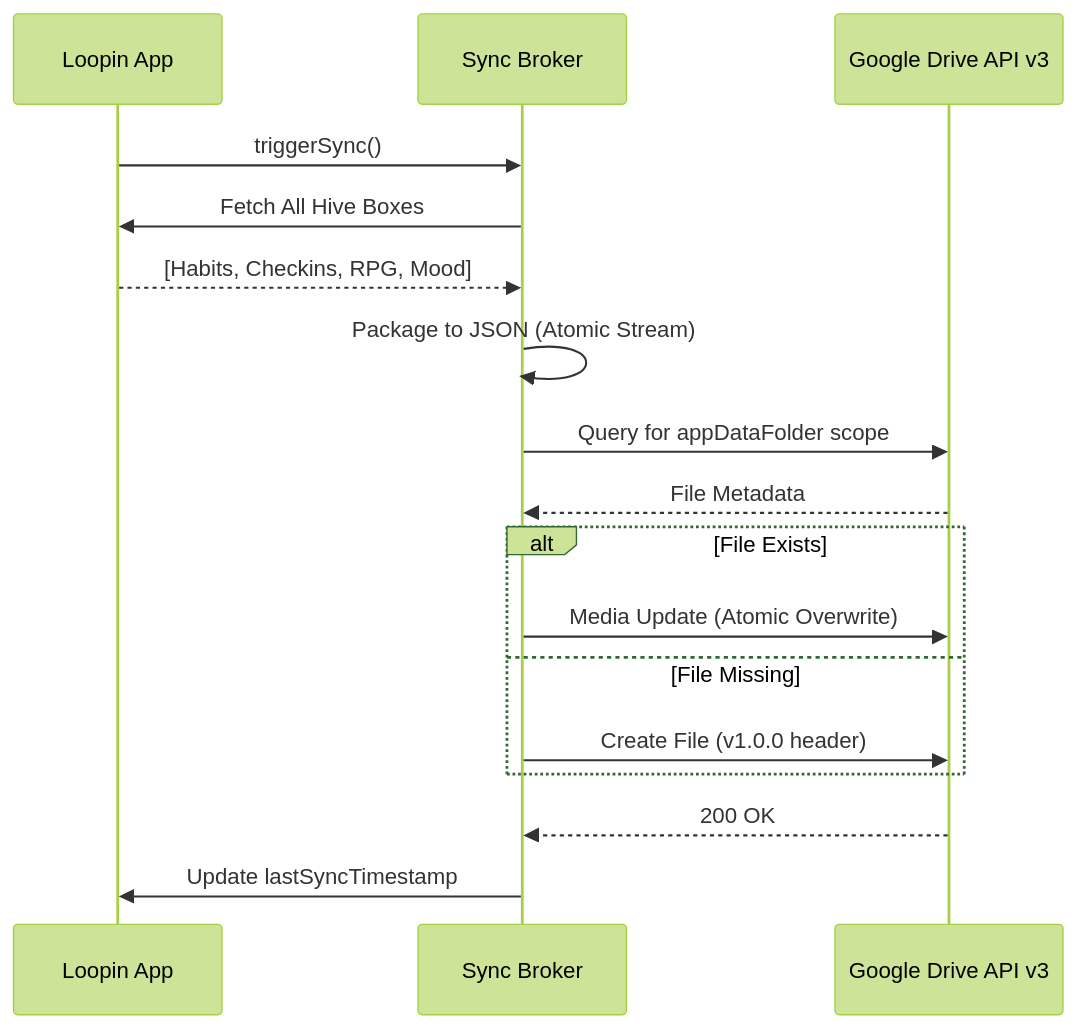
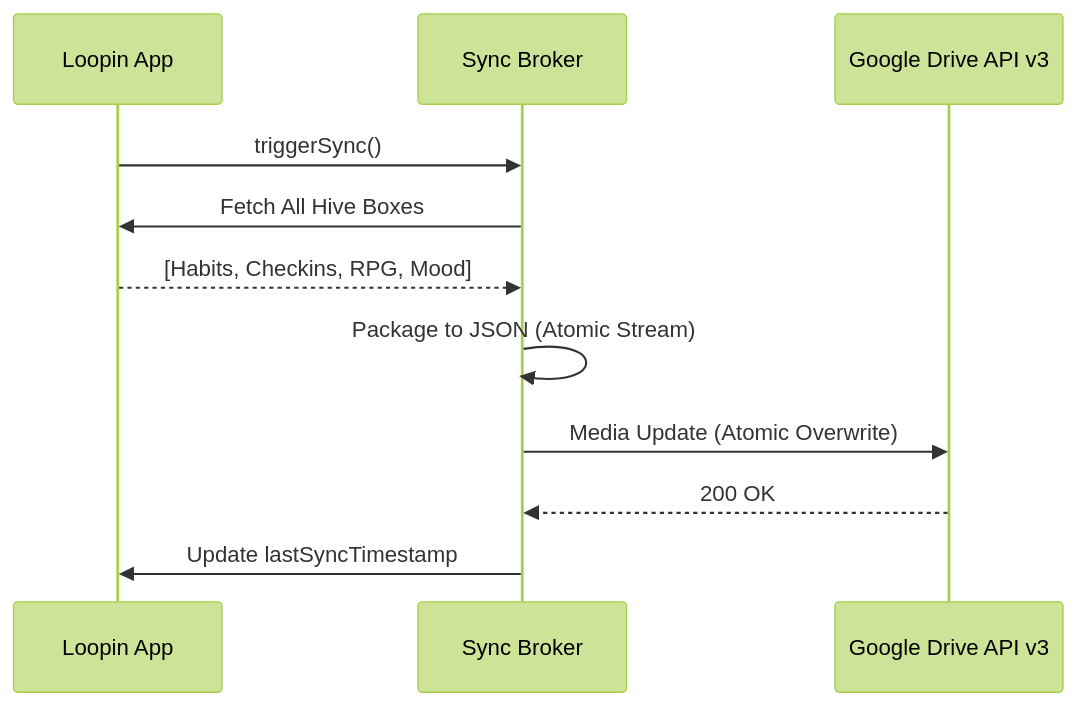
Before and after one commit to maisachinsharmahu/Loopin-Showcase: the second of 2 diagrams in README.md, drawn with Mermaid (forest theme). The commit also changed other lines of this file and 13 other files, not shown here.

````diff
--- a/README.md
+++ b/README.md
@@ -142,24 +127,14 @@
 ```mermaid
 sequenceDiagram
     participant App as Loopin App
     participant Broker as Sync Broker
     participant GDrive as Google Drive API v3
     
     App->>Broker: triggerSync()
     Broker->>App: Fetch All Hive Boxes
     App-->>Broker: [Habits, Checkins, RPG, Mood]
-    
     Broker->>Broker: Package to JSON (Atomic Stream)
-    
-    Broker->>GDrive: Query for appDataFolder scope
-    GDrive-->>Broker: File Metadata
-    
-    alt File Exists
-        Broker->>GDrive: Media Update (Atomic Overwrite)
-    else File Missing
-        Broker->>GDrive: Create File (v1.0.0 header)
-    end
-    
+    Broker->>GDrive: Media Update (Atomic Overwrite)
     GDrive-->>Broker: 200 OK
     Broker->>App: Update lastSyncTimestamp
 ```
````
